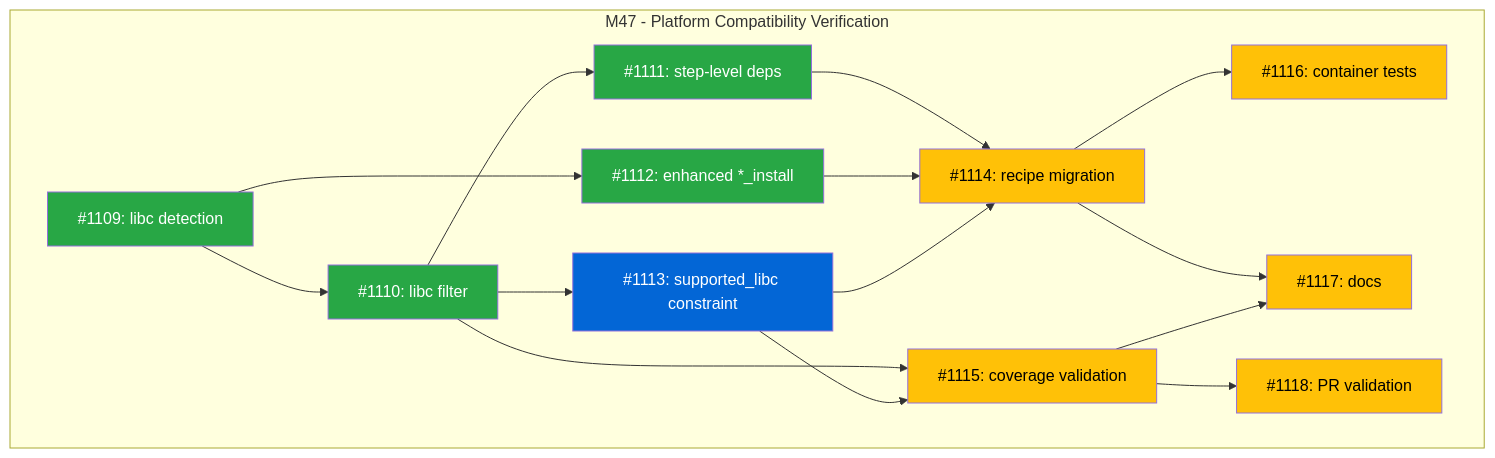
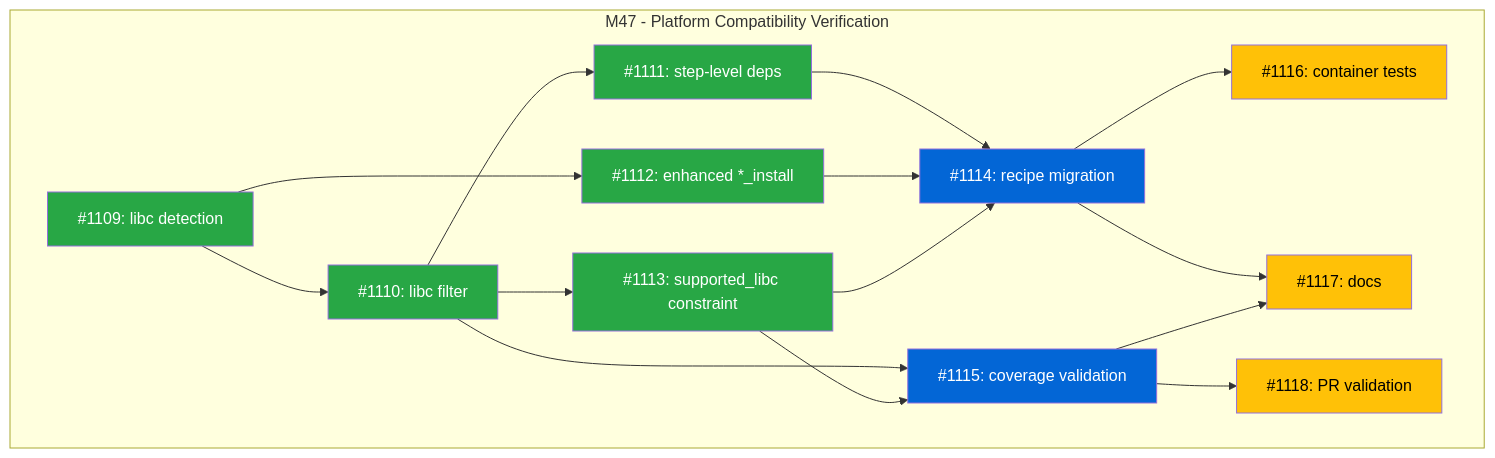
One commit to tsukumogami/tsuku changed the diagram in docs/designs/DESIGN-platform-compatibility-verification.md. Above: the diagram before and after it, drawn with Mermaid. The commit also changed 4 other files, not shown here.

First line of the commit message:
feat(recipe): add supported_libc platform constraint (#1132)

````diff
--- a/docs/designs/DESIGN-platform-compatibility-verification.md
+++ b/docs/designs/DESIGN-platform-compatibility-verification.md
@@ -29,34 +29,34 @@
 ```mermaid
 graph TD
     subgraph "M47 - Platform Compatibility Verification"
         I1109["#1109: libc detection"]:::done
         I1110["#1110: libc filter"]:::done
         I1111["#1111: step-level deps"]:::done
         I1112["#1112: enhanced *_install"]:::done
-        I1113["#1113: supported_libc constraint"]:::ready
-        I1114["#1114: recipe migration"]:::blocked
-        I1115["#1115: coverage validation"]:::blocked
+        I1113["#1113: supported_libc constraint"]:::done
+        I1114["#1114: recipe migration"]:::ready
+        I1115["#1115: coverage validation"]:::ready
         I1116["#1116: container tests"]:::blocked
         I1117["#1117: docs"]:::blocked
         I1118["#1118: PR validation"]:::blocked
 
         I1109 --> I1110
         I1109 --> I1112
         I1110 --> I1111
         I1110 --> I1113
         I1110 --> I1115
         I1111 --> I1114
         I1112 --> I1114
         I1113 --> I1114
         I1113 --> I1115
         I1114 --> I1116
         I1114 --> I1117
         I1115 --> I1117
         I1115 --> I1118
     end
 
     classDef done fill:#28a745,color:#fff
     classDef ready fill:#0366d6,color:#fff
     classDef blocked fill:#ffc107,color:#000
     classDef needsDesign fill:#6f42c1,color:#fff
 ```
````
